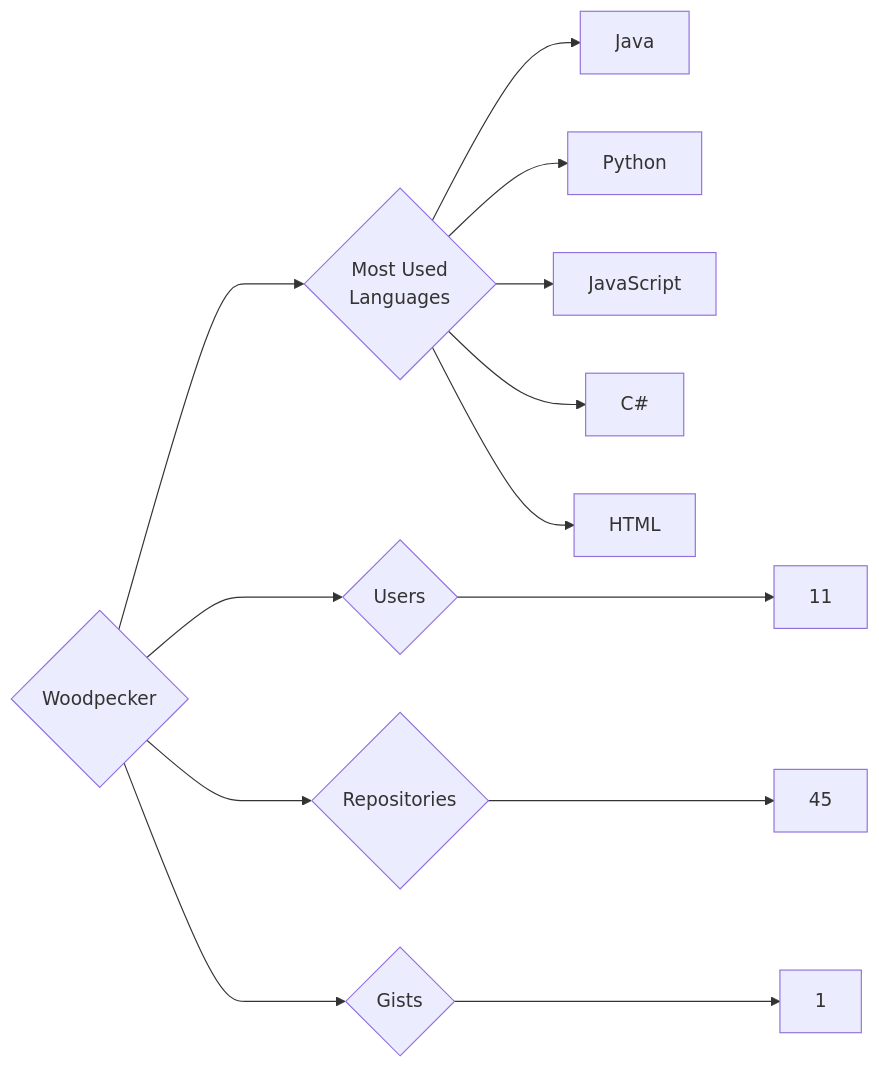
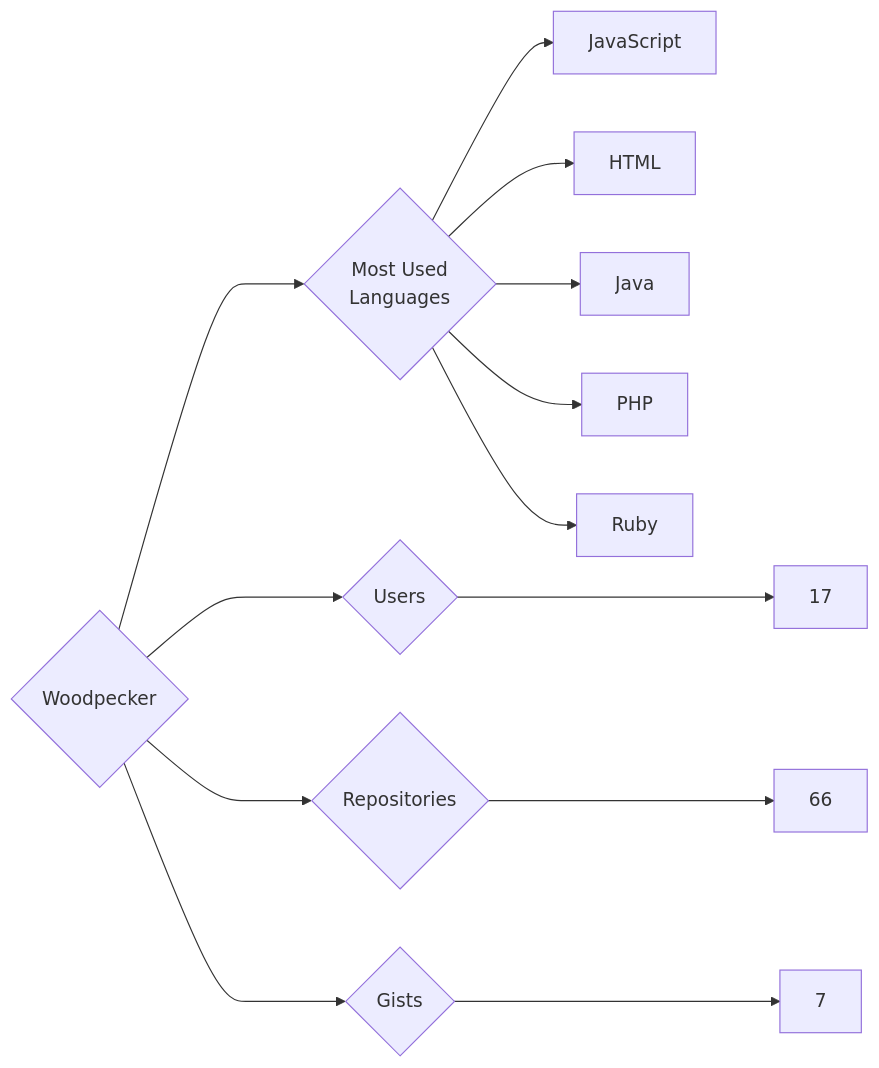
The diagram in targets/Woodpecker/README.md (trickest/insiders), drawn with Mermaid before and after one commit. The commit also changed 970 other files, not shown here.

````diff
--- a/targets/Woodpecker/README.md
+++ b/targets/Woodpecker/README.md
@@ -3,13 +3,13 @@
 ```mermaid
 graph LR
 COMPANY_NAME{Woodpecker}
-COMPANY_NAME ---> U{Users} ---> UN[11]
-COMPANY_NAME ---> R{Repositories} ---> RN[45]
-COMPANY_NAME ---> G{Gists} ---> GN[1]
+COMPANY_NAME ---> U{Users} ---> UN[17]
+COMPANY_NAME ---> R{Repositories} ---> RN[66]
+COMPANY_NAME ---> G{Gists} ---> GN[7]
 COMPANY_NAME ---> ML{Most Used<br>Languages}
+ML --> JavaScript[JavaScript]
+ML --> HTML[HTML]
 ML --> Java[Java]
-ML --> Python[Python]
-ML --> JavaScript[JavaScript]
-ML --> C#[C#]
-ML --> HTML[HTML]
+ML --> PHP[PHP]
+ML --> Ruby[Ruby]
 ```
````
